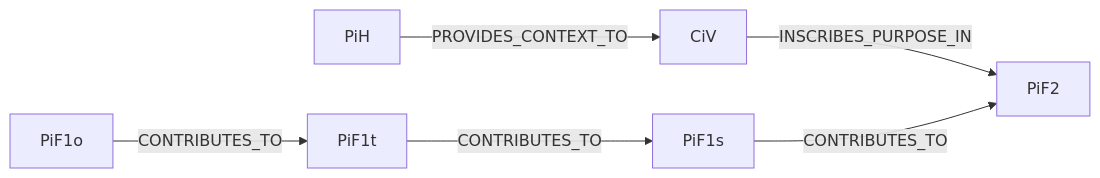
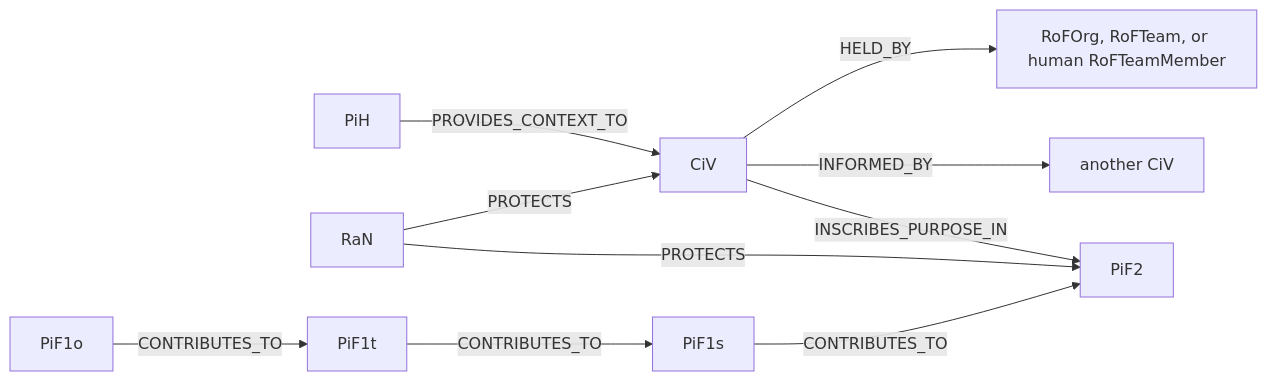
One commit to eeimicke/junaco-jci-loop changed the diagram in docs/diagrams/sources/example-purpose-future.mmd. Above: the diagram before and after it, drawn with Mermaid. The commit also changed 43 other files, not shown here.

```diff
--- a/docs/diagrams/sources/example-purpose-future.mmd
+++ b/docs/diagrams/sources/example-purpose-future.mmd
@@ -1,6 +1,10 @@
 flowchart LR
     History[PiH] -->|PROVIDES_CONTEXT_TO| Values[CiV]
+    Values -->|HELD_BY| Holder[RoFOrg, RoFTeam, or human RoFTeamMember]
+    Values -->|INFORMED_BY| SourceValue[another CiV]
     Values -->|INSCRIBES_PURPOSE_IN| LongTerm[PiF2]
+    Rule[RaN] -->|PROTECTS| Values
+    Rule -->|PROTECTS| LongTerm
     Strategic[PiF1s] -->|CONTRIBUTES_TO| LongTerm
     Tactical[PiF1t] -->|CONTRIBUTES_TO| Strategic
     Operational[PiF1o] -->|CONTRIBUTES_TO| Tactical
```
